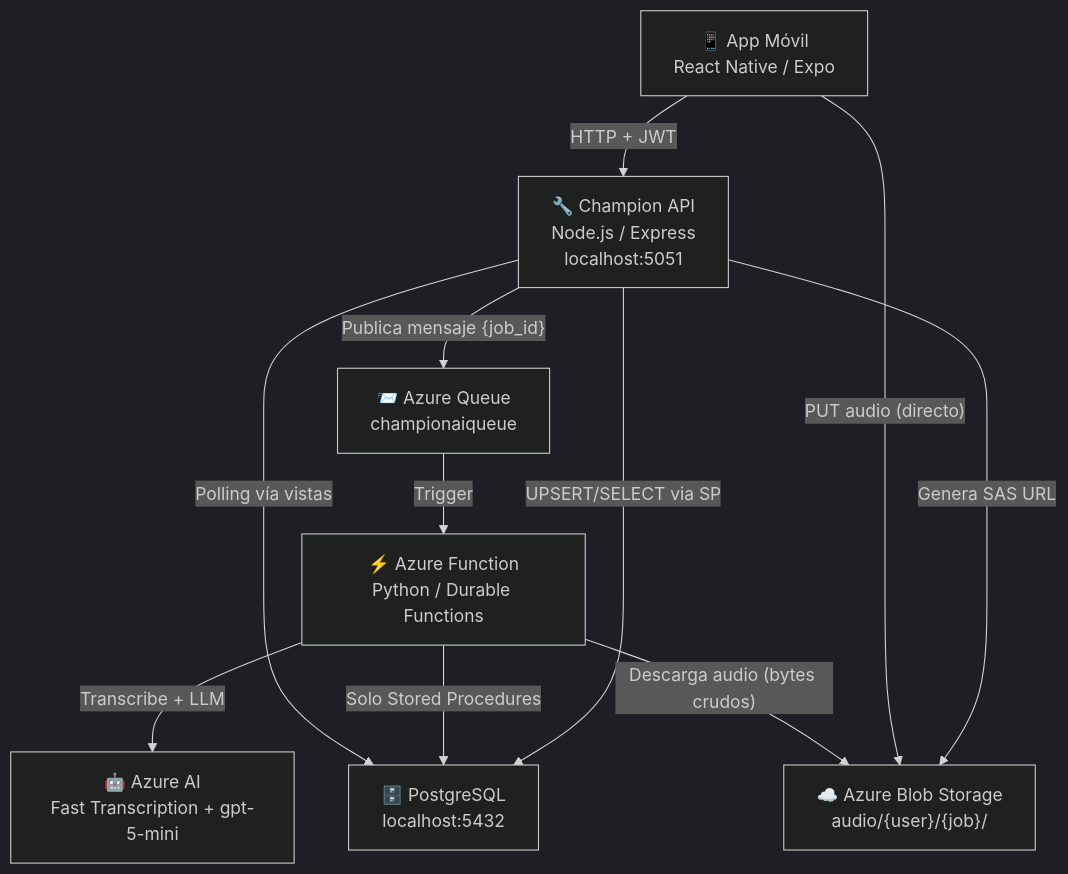
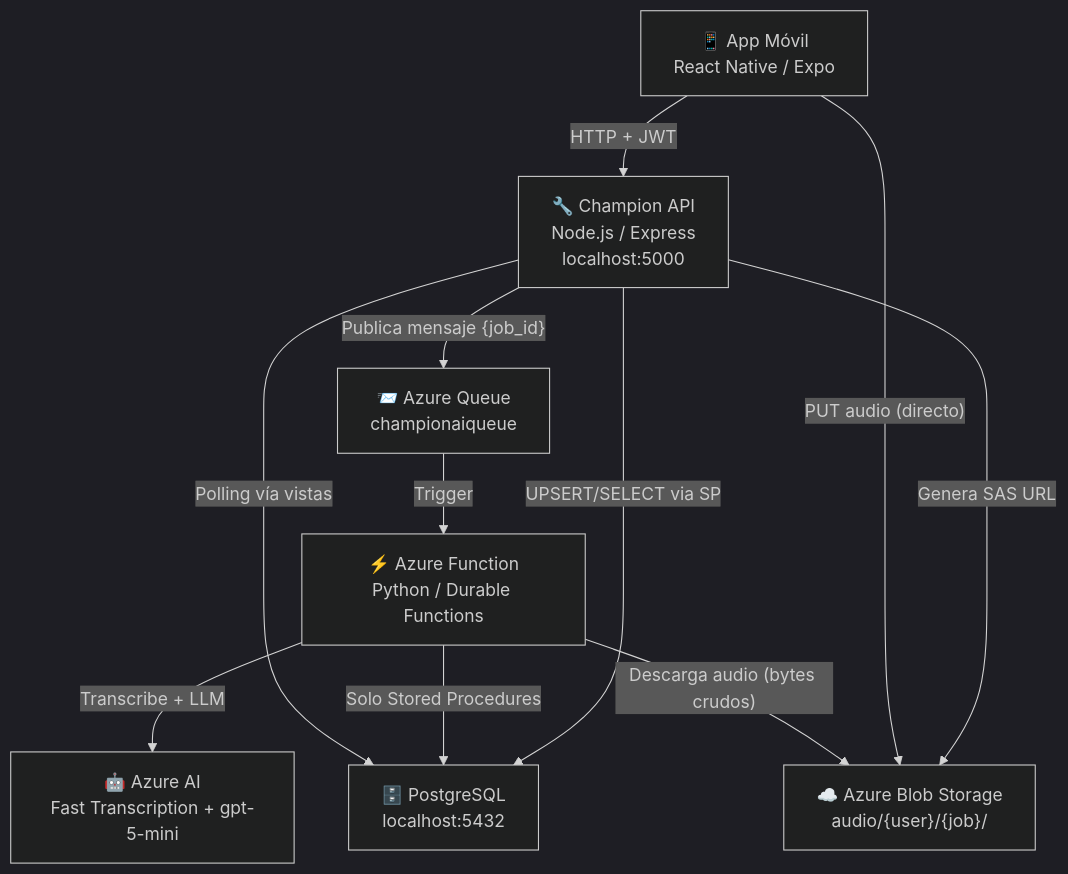
The diagram in App/Knowledge/Architecture/overview.md (SCaneoGarrido/Champion-AI), drawn with Mermaid (dark theme) before and after one commit. The commit also changed other lines of this file and 76 other files, not shown here.

First line of the commit message:
feat (mobile + api + procesamiento): Presentation Layer — Markdown, LaTeX y Mermaid mind maps

````diff
--- a/App/Knowledge/Architecture/overview.md
+++ b/App/Knowledge/Architecture/overview.md
@@ -9,21 +9,21 @@
 ```mermaid
 graph TD
     MOBILE["📱 App Móvil\nReact Native / Expo"]
-    API["🔧 Champion API\nNode.js / Express\nlocalhost:5051"]
+    API["🔧 Champion API\nNode.js / Express\nlocalhost:5000"]
     PG["🗄️ PostgreSQL\nlocalhost:5432"]
     QUEUE["📨 Azure Queue\nchampionaiqueue"]
     FUNC["⚡ Azure Function\nPython / Durable Functions"]
     BLOB["☁️ Azure Blob Storage\naudio/{user}/{job}/"]
     AI["🤖 Azure AI\nFast Transcription + gpt-5-mini"]
 
     MOBILE -- "HTTP + JWT" --> API
     API -- "UPSERT/SELECT via SP" --> PG
     API -- "Publica mensaje {job_id}" --> QUEUE
     API -- "Genera SAS URL" --> BLOB
     MOBILE -- "PUT audio (directo)" --> BLOB
     QUEUE -- "Trigger" --> FUNC
     FUNC -- "Descarga audio (bytes crudos)" --> BLOB
     FUNC -- "Transcribe + LLM" --> AI
     FUNC -- "Solo Stored Procedures" --> PG
     API -- "Polling vía vistas" --> PG
 ```
````
